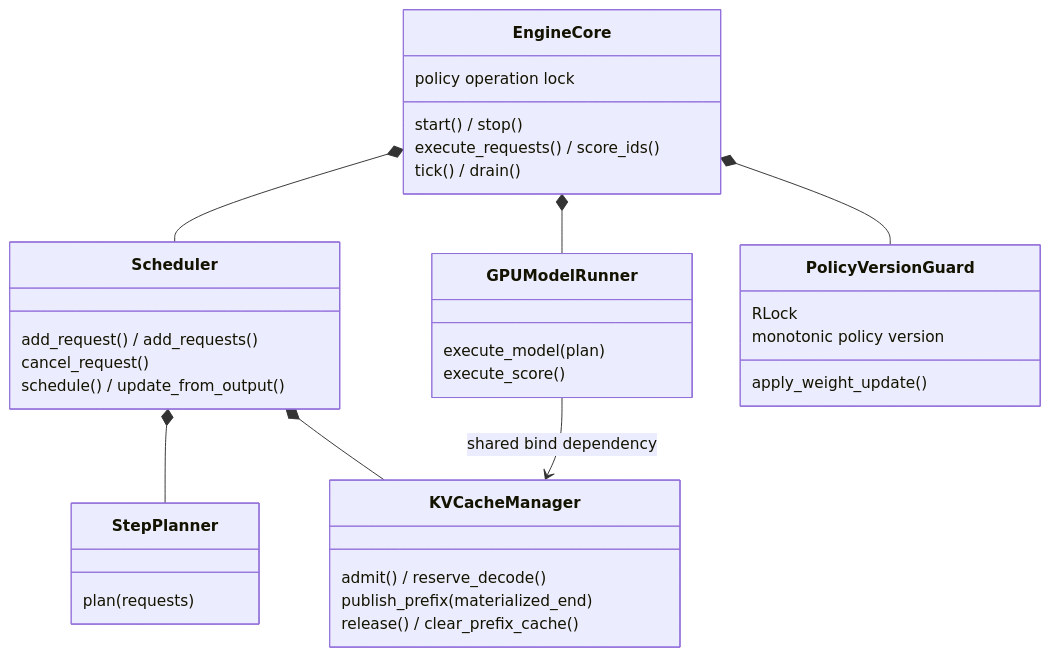
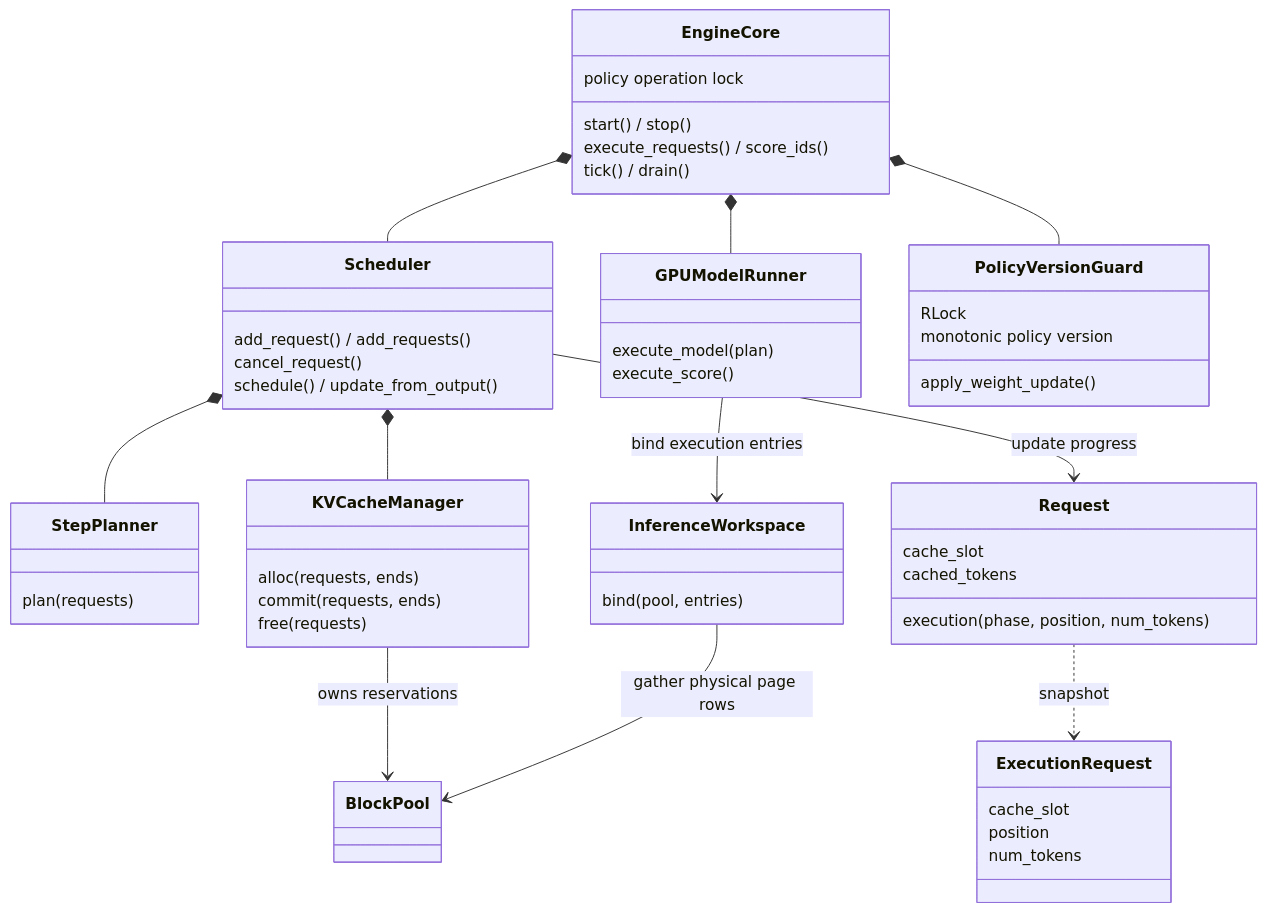
One commit to ViperEkura/AstrAI changed the diagram in docs/developer/inference/core.md. Above: the diagram before and after it, drawn with Mermaid. The commit also changed other lines of this file and 23 other files, not shown here.

````diff
--- a/docs/developer/inference/core.md
+++ b/docs/developer/inference/core.md
@@ -21,39 +21,56 @@
 ```mermaid
 classDiagram
     direction TB
     class EngineCore {
         start() / stop()
         execute_requests() / score_ids()
         tick() / drain()
         policy operation lock
     }
     class Scheduler {
         add_request() / add_requests()
         cancel_request()
         schedule() / update_from_output()
     }
     class StepPlanner {
         plan(requests)
     }
     class GPUModelRunner {
         execute_model(plan)
         execute_score()
     }
     class KVCacheManager {
-        admit() / reserve_decode()
-        publish_prefix(materialized_end)
-        release() / clear_prefix_cache()
+        alloc(requests, ends)
+        commit(requests, ends)
+        free(requests)
     }
     class PolicyVersionGuard {
         RLock
         monotonic policy version
         apply_weight_update()
     }
 
     EngineCore *-- Scheduler
     EngineCore *-- GPUModelRunner
     EngineCore *-- PolicyVersionGuard
     Scheduler *-- StepPlanner
     Scheduler *-- KVCacheManager
-    GPUModelRunner --> KVCacheManager : shared bind dependency
+    KVCacheManager --> BlockPool : owns reservations
+    class Request {
+        cache_slot
+        cached_tokens
+        execution(phase, position, num_tokens)
+    }
+    class ExecutionRequest {
+        cache_slot
+        position
+        num_tokens
+    }
+    class InferenceWorkspace {
+        bind(pool, entries)
+    }
+    Scheduler --> Request : update progress
+    Request ..> ExecutionRequest : snapshot
+    GPUModelRunner --> InferenceWorkspace : bind execution entries
+    InferenceWorkspace --> BlockPool : gather physical page rows
 ```
````
